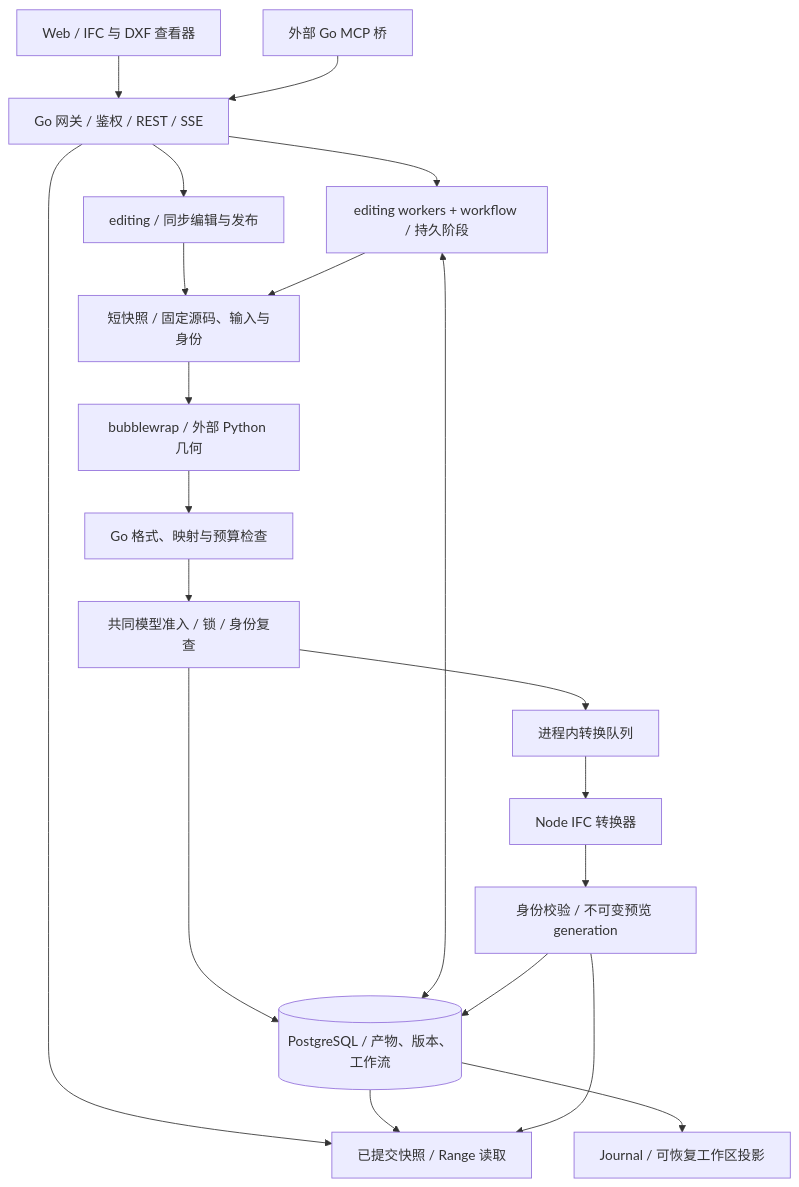
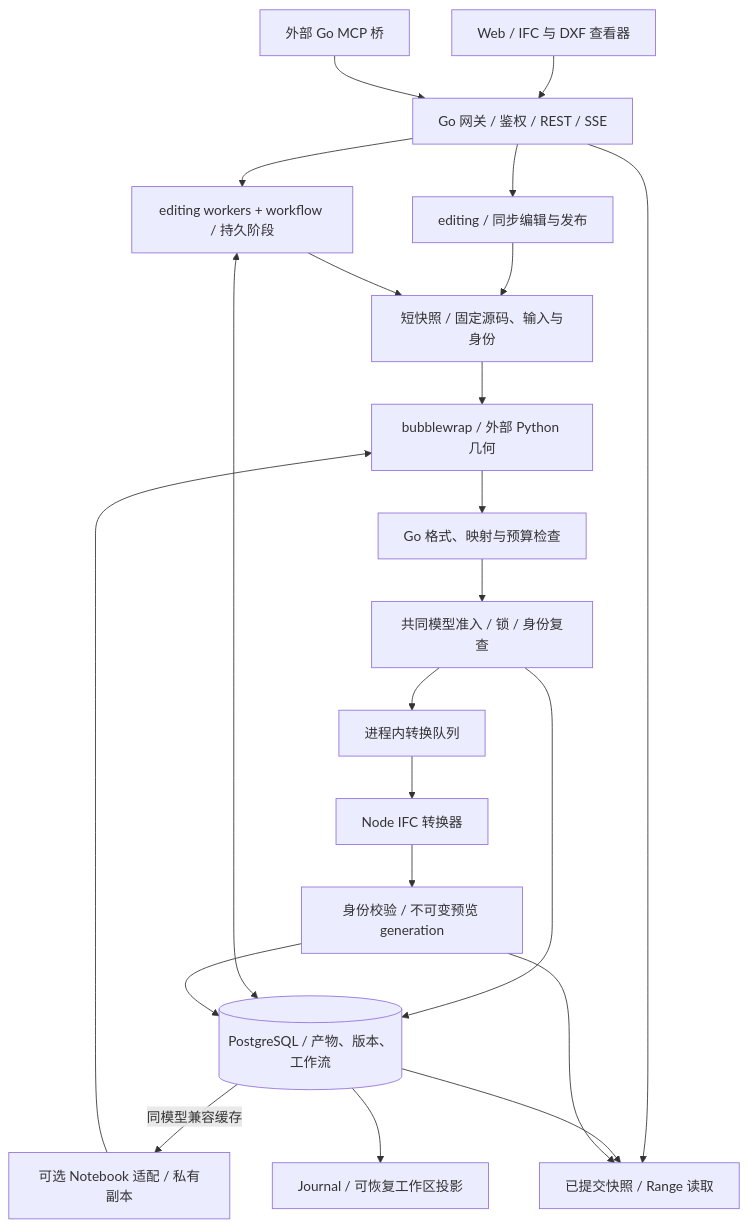
The diagram in docs/site/architecture/overview.md (0702hjj/SourceAEC), drawn with Mermaid before and after one commit. The commit also changed other lines of this file and 41 other files, not shown here.

````diff
--- a/docs/site/architecture/overview.md
+++ b/docs/site/architecture/overview.md
@@ -8,22 +8,24 @@
 ```mermaid
 flowchart TB
     WEB[Web / IFC 与 DXF 查看器] --> API[Go 网关 / 鉴权 / REST / SSE]
     MCP[外部 Go MCP 桥] --> API
     API --> EDIT[editing / 同步编辑与发布]
     API --> WF[editing workers + workflow / 持久阶段]
     EDIT --> CAPTURE[短快照 / 固定源码、输入与身份]
     WF --> CAPTURE
+    PG -->|同模型兼容缓存| NBC[可选 Notebook 适配 / 私有副本]
+    NBC --> SANDBOX
     CAPTURE --> SANDBOX[bubblewrap / 外部 Python 几何]
     SANDBOX --> CHECK[Go 格式、映射与预算检查]
     CHECK --> PUBLISH[共同模型准入 / 锁 / 身份复查]
     PUBLISH --> PG[(PostgreSQL / 产物、版本、工作流)]
     WF <--> PG
     PUBLISH --> QUEUE[进程内转换队列]
     QUEUE --> NODE[Node IFC 转换器]
     NODE --> PREVIEW[身份校验 / 不可变预览 generation]
     PREVIEW --> PG
     API --> READ[已提交快照 / Range 读取]
     PG --> READ
     PREVIEW --> READ
     PG --> FILES[Journal / 可恢复工作区投影]
 ```
````
